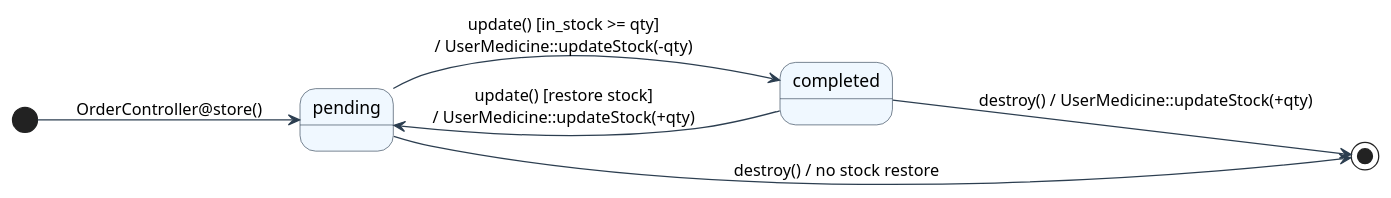
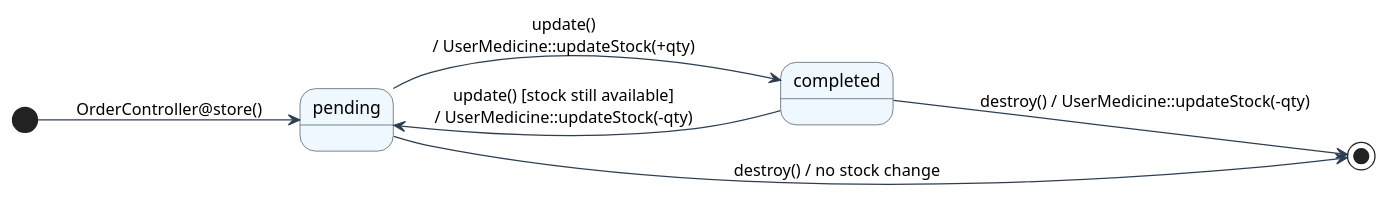
One commit to RibeshMaharjan/MedVault changed the third of 14 diagrams in docs/diagrams.md. Above: the diagram before and after it, drawn with PlantUML. The commit also changed other lines of this file and 15 other files, not shown here.

````diff
--- a/docs/diagrams.md
+++ b/docs/diagrams.md
@@ -258,21 +258,21 @@
 ```plantuml
 @startuml
 skinparam state {
     BackgroundColor #F0F8FF
     BorderColor #2C3E50
     ArrowColor #2C3E50
 }
 left to right direction
 
 [*] --> pending : OrderController@store()
 
 state pending
 state completed
 
-pending --> completed : update() [in_stock >= qty]\n/ UserMedicine::updateStock(-qty)
-completed --> pending : update() [restore stock]\n/ UserMedicine::updateStock(+qty)
+pending --> completed : update()\n/ UserMedicine::updateStock(+qty)
+completed --> pending : update() [stock still available]\n/ UserMedicine::updateStock(-qty)
 
-pending --> [*] : destroy() / no stock restore
-completed --> [*] : destroy() / UserMedicine::updateStock(+qty)
+pending --> [*] : destroy() / no stock change
+completed --> [*] : destroy() / UserMedicine::updateStock(-qty)
 @enduml
 ```
````
